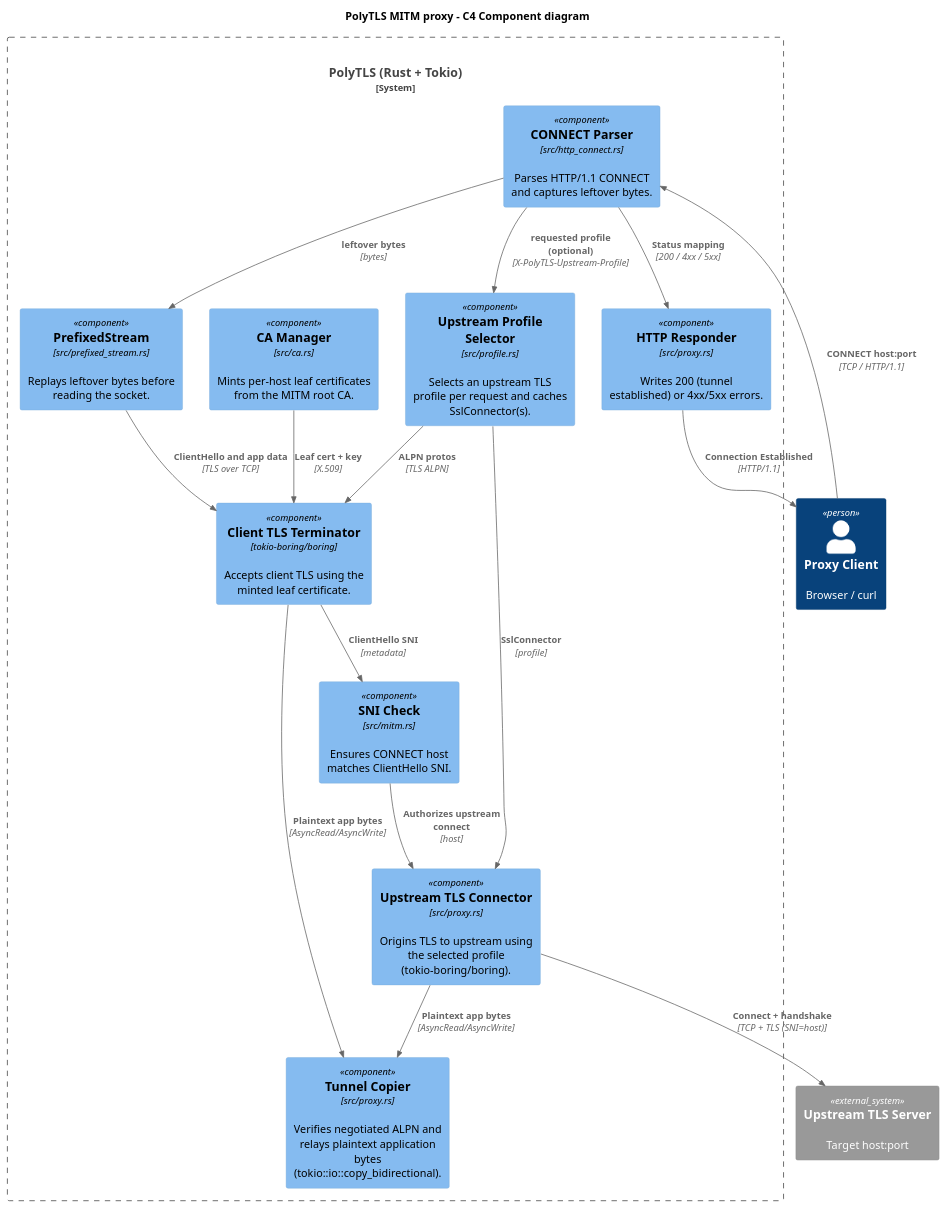
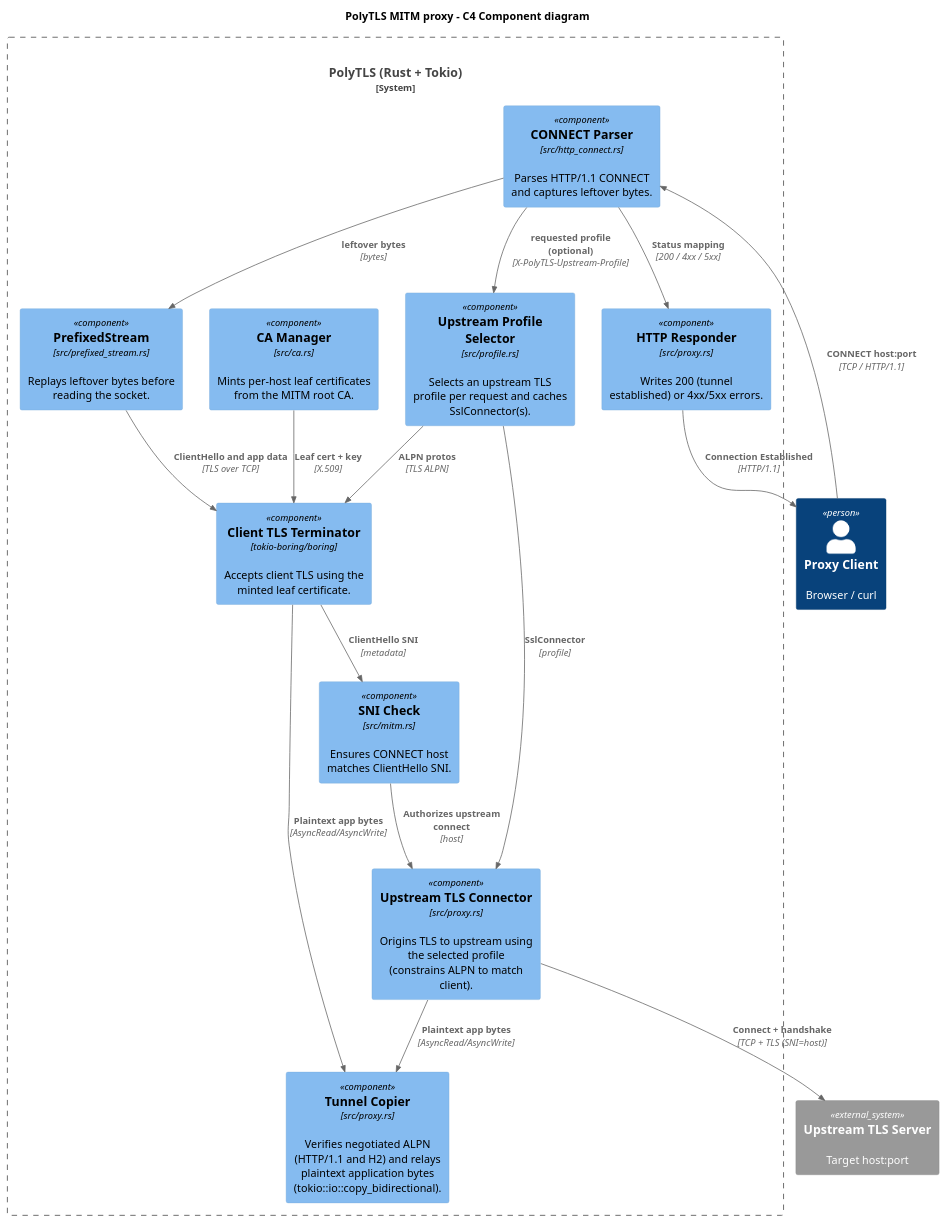
Before and after one commit to REASY/PolyTLS: the diagram in docs/diagrams/c4/mitm-component.puml, drawn with PlantUML. The commit also changed 11 other files, not shown here.

First line of the commit message:
feat(proxy): enable L4 HTTP/2 support with ALPN constraints

```diff
--- a/docs/diagrams/c4/mitm-component.puml
+++ b/docs/diagrams/c4/mitm-component.puml
@@ -1,42 +1,42 @@
 @startuml
 !include <C4/C4>
 !include <C4/C4_Context>
 !include <C4/C4_Container>
 !include <C4/C4_Component>
 
 title PolyTLS MITM proxy - C4 Component diagram
 LAYOUT_TOP_DOWN()
 
 Person(client, "Proxy Client", "Browser / curl")
 System_Ext(upstream, "Upstream TLS Server", "Target host:port")
 
 System_Boundary(polytls, "PolyTLS (Rust + Tokio)") {
   Component(parser, "CONNECT Parser", "src/http_connect.rs", "Parses HTTP/1.1 CONNECT and captures leftover bytes.")
   Component(profiles, "Upstream Profile Selector", "src/profile.rs", "Selects an upstream TLS profile per request and caches SslConnector(s).")
   Component(responder, "HTTP Responder", "src/proxy.rs", "Writes 200 (tunnel established) or 4xx/5xx errors.")
   Component(prefix, "PrefixedStream", "src/prefixed_stream.rs", "Replays leftover bytes before reading the socket.")
   Component(ca, "CA Manager", "src/ca.rs", "Mints per-host leaf certificates from the MITM root CA.")
   Component(client_tls, "Client TLS Terminator", "tokio-boring/boring", "Accepts client TLS using the minted leaf certificate.")
   Component(sni_check, "SNI Check", "src/mitm.rs", "Ensures CONNECT host matches ClientHello SNI.")
-  Component(up_tls, "Upstream TLS Connector", "src/proxy.rs", "Origins TLS to upstream using the selected profile (tokio-boring/boring).")
-  Component(tunnel, "Tunnel Copier", "src/proxy.rs", "Verifies negotiated ALPN and relays plaintext application bytes (tokio::io::copy_bidirectional).")
+  Component(up_tls, "Upstream TLS Connector", "src/proxy.rs", "Origins TLS to upstream using the selected profile (constrains ALPN to match client).")
+  Component(tunnel, "Tunnel Copier", "src/proxy.rs", "Verifies negotiated ALPN (HTTP/1.1 and H2) and relays plaintext application bytes (tokio::io::copy_bidirectional).")
 }
 
 Rel(client, parser, "CONNECT host:port", "TCP / HTTP/1.1")
 Rel(parser, profiles, "requested profile (optional)", "X-PolyTLS-Upstream-Profile")
 Rel(parser, responder, "Status mapping", "200 / 4xx / 5xx")
 Rel(responder, client, "Connection Established", "HTTP/1.1")
 
 Rel(parser, prefix, "leftover bytes", "bytes")
 Rel(prefix, client_tls, "ClientHello and app data", "TLS over TCP")
 Rel(profiles, client_tls, "ALPN protos", "TLS ALPN")
 Rel(ca, client_tls, "Leaf cert + key", "X.509")
 Rel(client_tls, sni_check, "ClientHello SNI", "metadata")
 
 Rel(sni_check, up_tls, "Authorizes upstream connect", "host")
 Rel(profiles, up_tls, "SslConnector", "profile")
 Rel(up_tls, upstream, "Connect + handshake", "TCP + TLS (SNI=host)")
 
 Rel(client_tls, tunnel, "Plaintext app bytes", "AsyncRead/AsyncWrite")
 Rel(up_tls, tunnel, "Plaintext app bytes", "AsyncRead/AsyncWrite")
 @enduml
```
